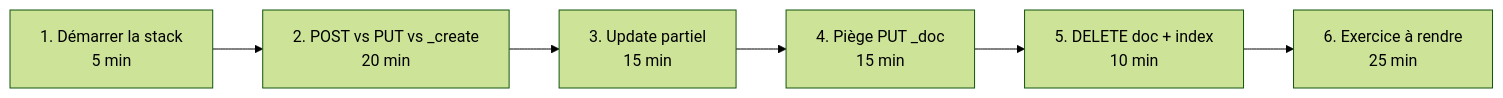
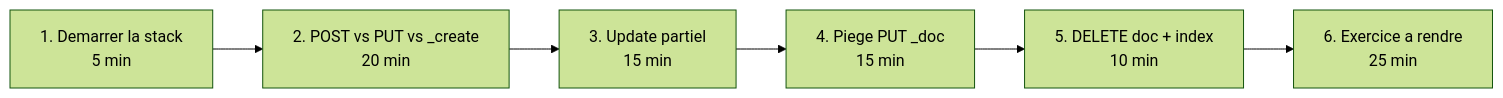
One commit to haythem-rehouma/Elastic-Search-0 changed the diagram in docs2-cours1/assets-cours2/GUIDE-PRATIQUE-1.md. Above: the diagram before and after it, drawn with Mermaid (forest theme). The commit also changed other lines of this file and 49 other files, not shown here.

````diff
--- a/docs2-cours1/assets-cours2/GUIDE-PRATIQUE-1.md
+++ b/docs2-cours1/assets-cours2/GUIDE-PRATIQUE-1.md
@@ -63,8 +63,8 @@
 ```mermaid
 flowchart LR
-    A[1. Démarrer la stack<br/>5 min] --> B[2. POST vs PUT vs _create<br/>20 min]
-    B --> C[3. Update partiel<br/>15 min]
-    C --> D[4. Piège PUT _doc<br/>15 min]
-    D --> E[5. DELETE doc + index<br/>10 min]
-    E --> F[6. Exercice à rendre<br/>25 min]
+    A["1. Demarrer la stack<br/>5 min"] --> B["2. POST vs PUT vs _create<br/>20 min"]
+    B --> C["3. Update partiel<br/>15 min"]
+    C --> D["4. Piege PUT _doc<br/>15 min"]
+    D --> E["5. DELETE doc + index<br/>10 min"]
+    E --> F["6. Exercice a rendre<br/>25 min"]
 ```
````
